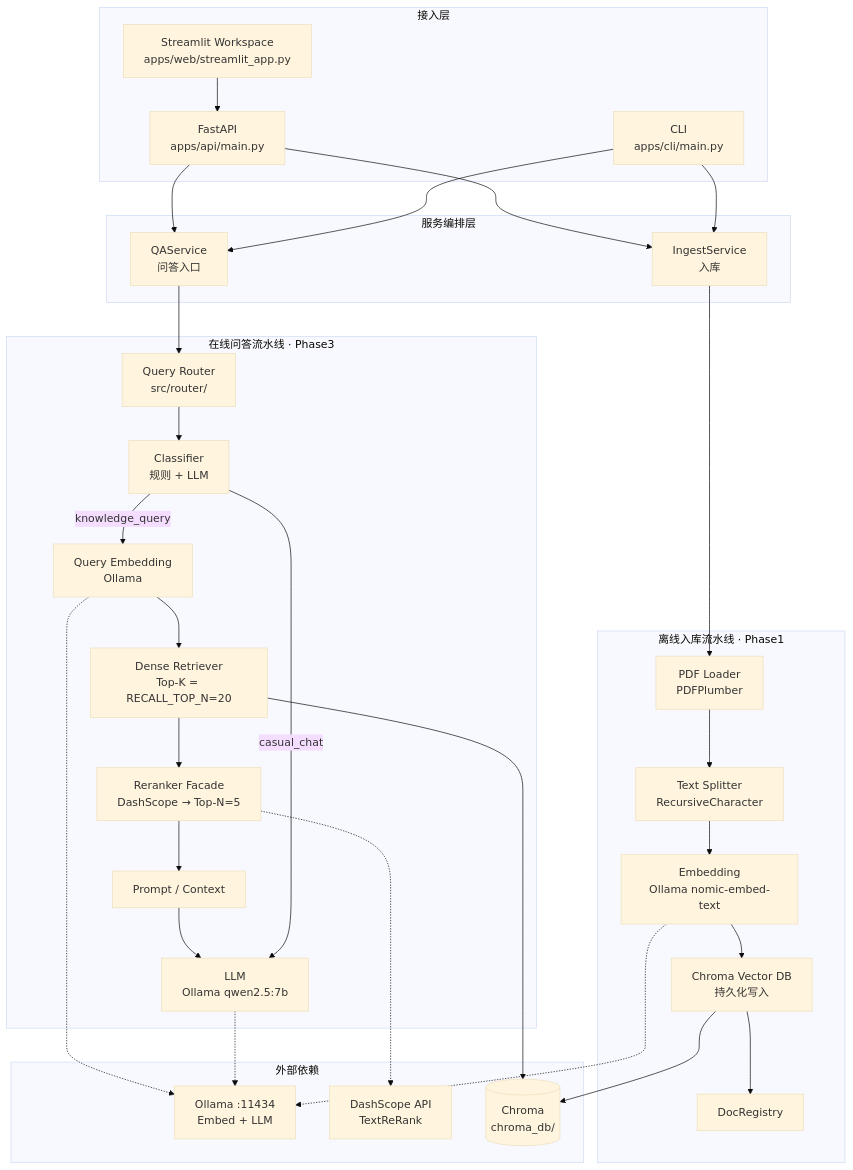
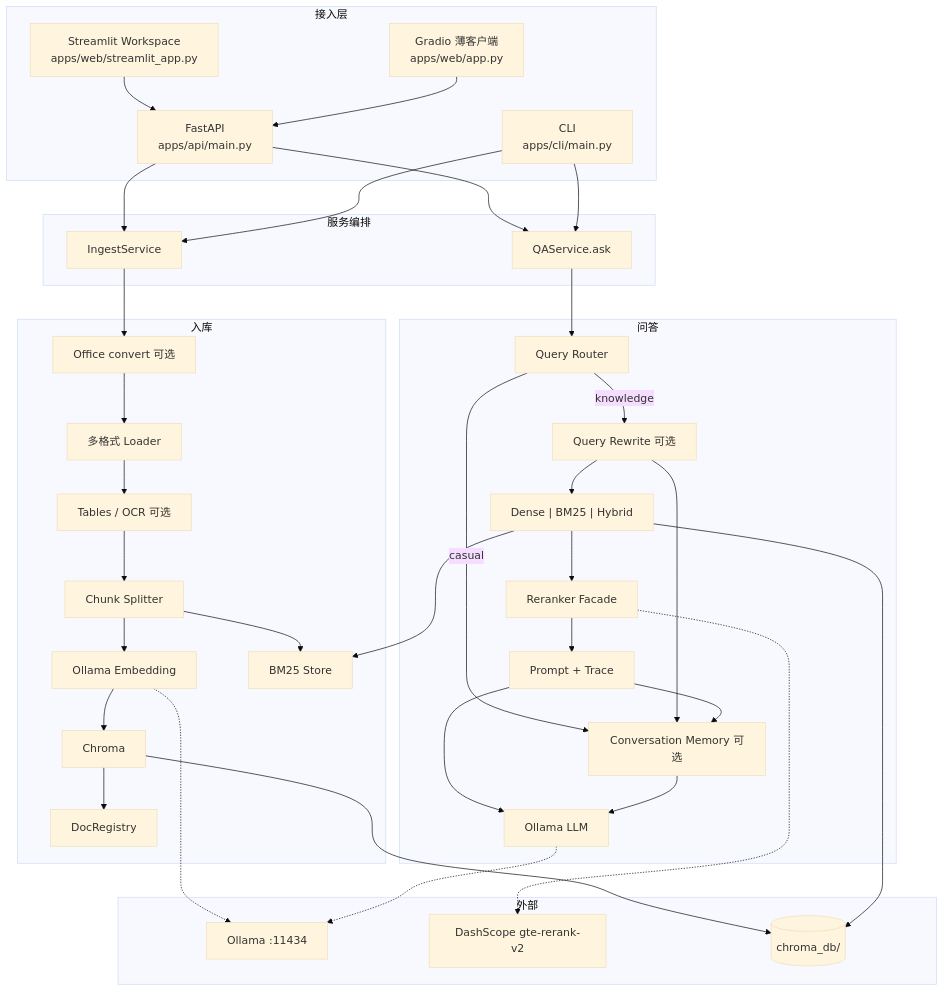
The first of 5 diagrams in RAG_ARCHITECTURE.md (SomeH-Bosx/enterprise-rag), drawn with Mermaid (base theme) before and after one commit. The commit also changed other lines of this file and 1 other file, not shown here.

First line of the commit message:
docs: sync RAG_ARCHITECTURE and README with current pipeline

````diff
--- a/RAG_ARCHITECTURE.md
+++ b/RAG_ARCHITECTURE.md
@@ -17,55 +18,63 @@
 ```mermaid
 flowchart TB
   subgraph Clients["接入层"]
     API["FastAPI<br/>apps/api/main.py"]
     Web["Streamlit Workspace<br/>apps/web/streamlit_app.py"]
     CLI["CLI<br/>apps/cli/main.py"]
+    Gradio["Gradio 薄客户端<br/>apps/web/app.py"]
   end
 
-  subgraph Services["服务编排层"]
-    IngestSvc["IngestService<br/>入库"]
-    QASvc["QAService<br/>问答入口"]
+  subgraph Services["服务编排"]
+    IngestSvc["IngestService"]
+    QASvc["QAService.ask"]
   end
 
-  subgraph IngestPipe["离线入库流水线 · Phase1"]
-    Loader["PDF Loader<br/>PDFPlumber"]
-    Splitter["Text Splitter<br/>RecursiveCharacter"]
-    EmbedIn["Embedding<br/>Ollama nomic-embed-text"]
-    ChromaWrite["Chroma Vector DB<br/>持久化写入"]
+  subgraph IngestPipe["入库"]
+    Convert["Office convert 可选"]
+    Loader["多格式 Loader"]
+    Enrich["Tables / OCR 可选"]
+    Splitter["Chunk Splitter"]
+    EmbedIn["Ollama Embedding"]
+    ChromaWrite["Chroma"]
+    BM25Write["BM25 Store"]
     Registry["DocRegistry"]
   end
 
-  subgraph QueryPipe["在线问答流水线 · Phase3"]
-    Router["Query Router<br/>src/router/"]
-    Classifier["Classifier<br/>规则 + LLM"]
-    EmbedQ["Query Embedding<br/>Ollama"]
-    Retriever["Dense Retriever<br/>Top-K = RECALL_TOP_N=20"]
-    Reranker["Reranker Facade<br/>DashScope → Top-N=5"]
-    Prompt["Prompt / Context"]
-    LLM["LLM<br/>Ollama qwen2.5:7b"]
+  subgraph QueryPipe["问答"]
+    Router["Query Router"]
+    Rewrite["Query Rewrite 可选"]
+    Retriever["Dense | BM25 | Hybrid"]
+    Reranker["Reranker Facade"]
+    Memory["Conversation Memory 可选"]
+    Prompt["Prompt + Trace"]
+    LLM["Ollama LLM"]
   end
 
-  subgraph External["外部依赖"]
-    Ollama["Ollama :11434<br/>Embed + LLM"]
-    DashScope["DashScope API<br/>TextReRank"]
-    Chroma[(Chroma<br/>chroma_db/)]
+  subgraph External["外部"]
+    Ollama["Ollama :11434"]
+    DashScope["DashScope gte-rerank-v2"]
+    Chroma[(chroma_db/)]
   end
 
+  Web --> API
+  Gradio --> API
   API --> IngestSvc
   API --> QASvc
-  Web --> API
   CLI --> IngestSvc
   CLI --> QASvc
 
-  IngestSvc --> Loader --> Splitter --> EmbedIn --> ChromaWrite --> Registry
+  IngestSvc --> Convert --> Loader --> Enrich --> Splitter --> EmbedIn --> ChromaWrite --> Registry
+  Splitter --> BM25Write
   EmbedIn -.-> Ollama
   ChromaWrite --> Chroma
 
-  QASvc --> Router --> Classifier
-  Classifier -->|knowledge_query| EmbedQ --> Retriever --> Reranker --> Prompt --> LLM
-  Classifier -->|casual_chat| LLM
-  EmbedQ -.-> Ollama
+  QASvc --> Router
+  Router -->|knowledge| Rewrite --> Retriever --> Reranker --> Prompt --> LLM
+  Router -->|casual| Memory --> LLM
+  Rewrite --> Memory
+  Prompt --> Memory
   Retriever --> Chroma
+  Retriever --> BM25Write
   Reranker -.-> DashScope
   LLM -.-> Ollama
 ```
````
